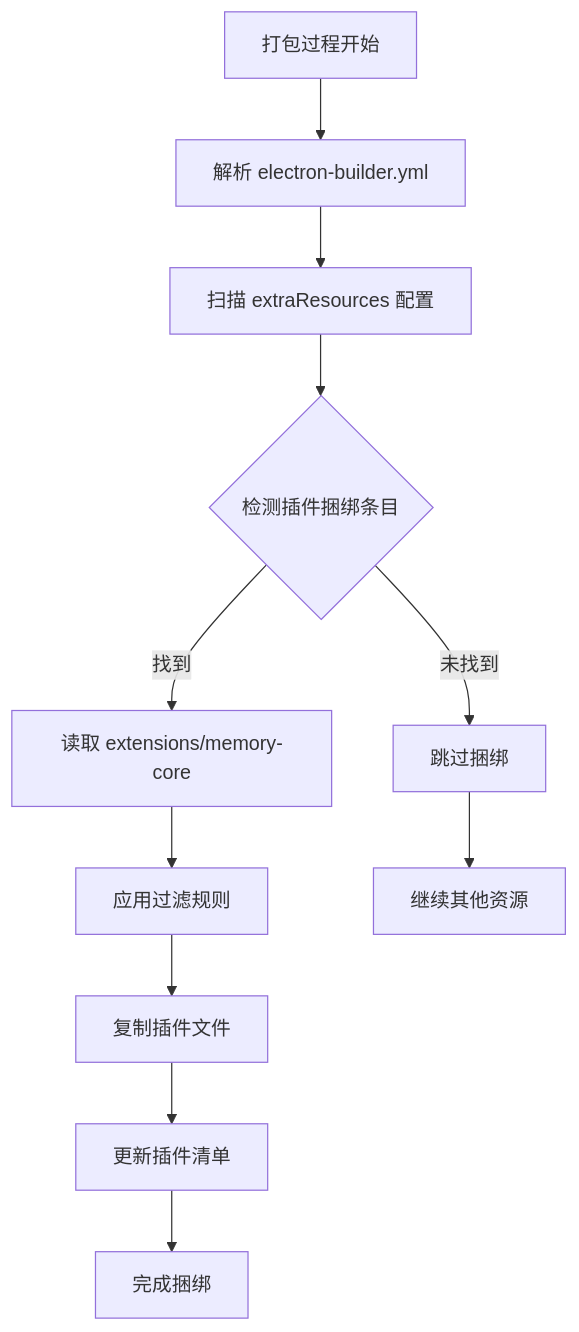
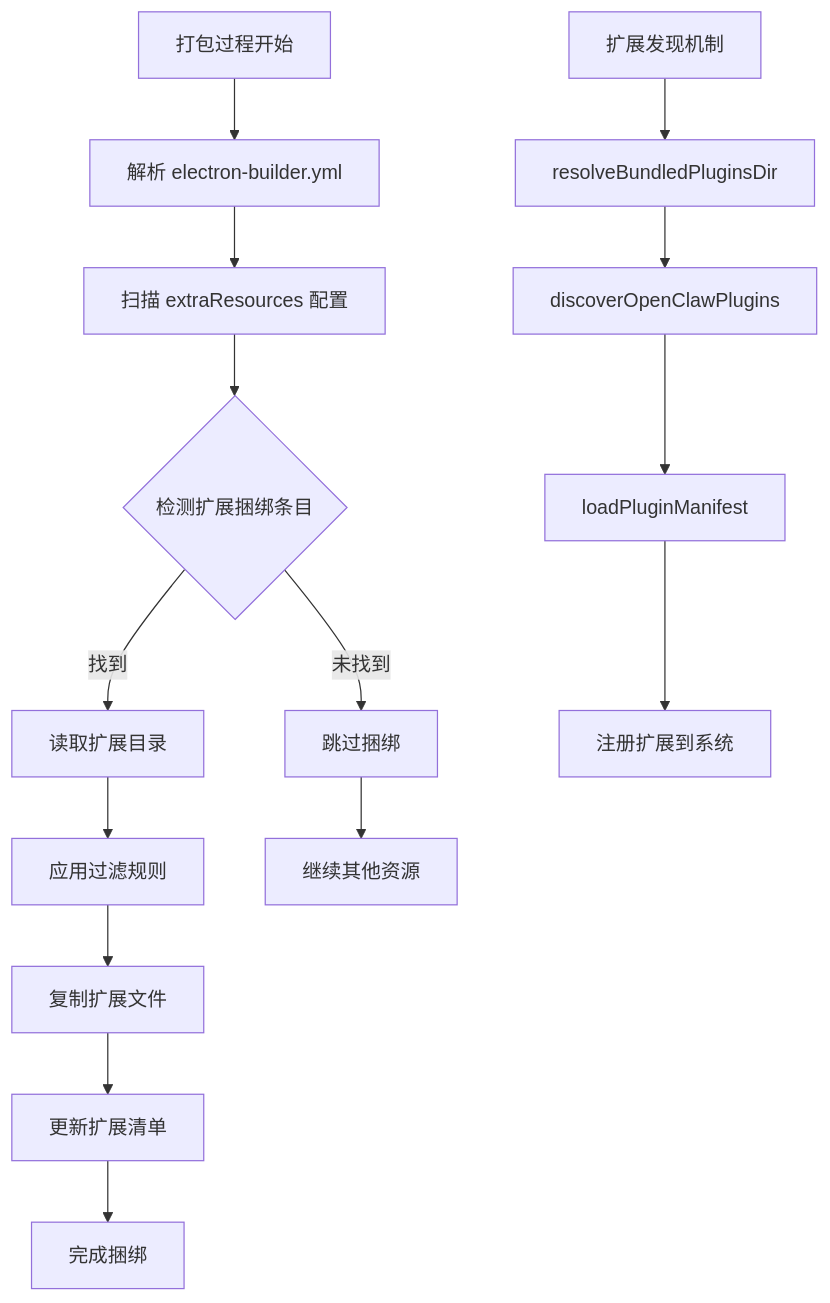
The eighth of 9 diagrams in .qoder/repowiki/zh/content/Electron Packaging Configuration.md (verse-ai-org/openclaw), drawn with Mermaid before and after one commit. The commit also changed other lines of this file and 7 other files, not shown here.

````diff
--- a/.qoder/repowiki/zh/content/Electron Packaging Configuration.md
+++ b/.qoder/repowiki/zh/content/Electron Packaging Configuration.md
@@ -313,13 +406,17 @@
 ```mermaid
 flowchart TD
 A[打包过程开始] --> B[解析 electron-builder.yml]
 B --> C[扫描 extraResources 配置]
-C --> D{检测插件捆绑条目}
-D --> |找到| E[读取 extensions/memory-core]
+C --> D{检测扩展捆绑条目}
+D --> |找到| E[读取扩展目录]
 E --> F[应用过滤规则]
-F --> G[复制插件文件]
-G --> H[更新插件清单]
+F --> G[复制扩展文件]
+G --> H[更新扩展清单]
 H --> I[完成捆绑]
 D --> |未找到| J[跳过捆绑]
 J --> K[继续其他资源]
+L[扩展发现机制] --> M[resolveBundledPluginsDir]
+M --> N[discoverOpenClawPlugins]
+N --> O[loadPluginManifest]
+O --> P[注册扩展到系统]
 ```
````
